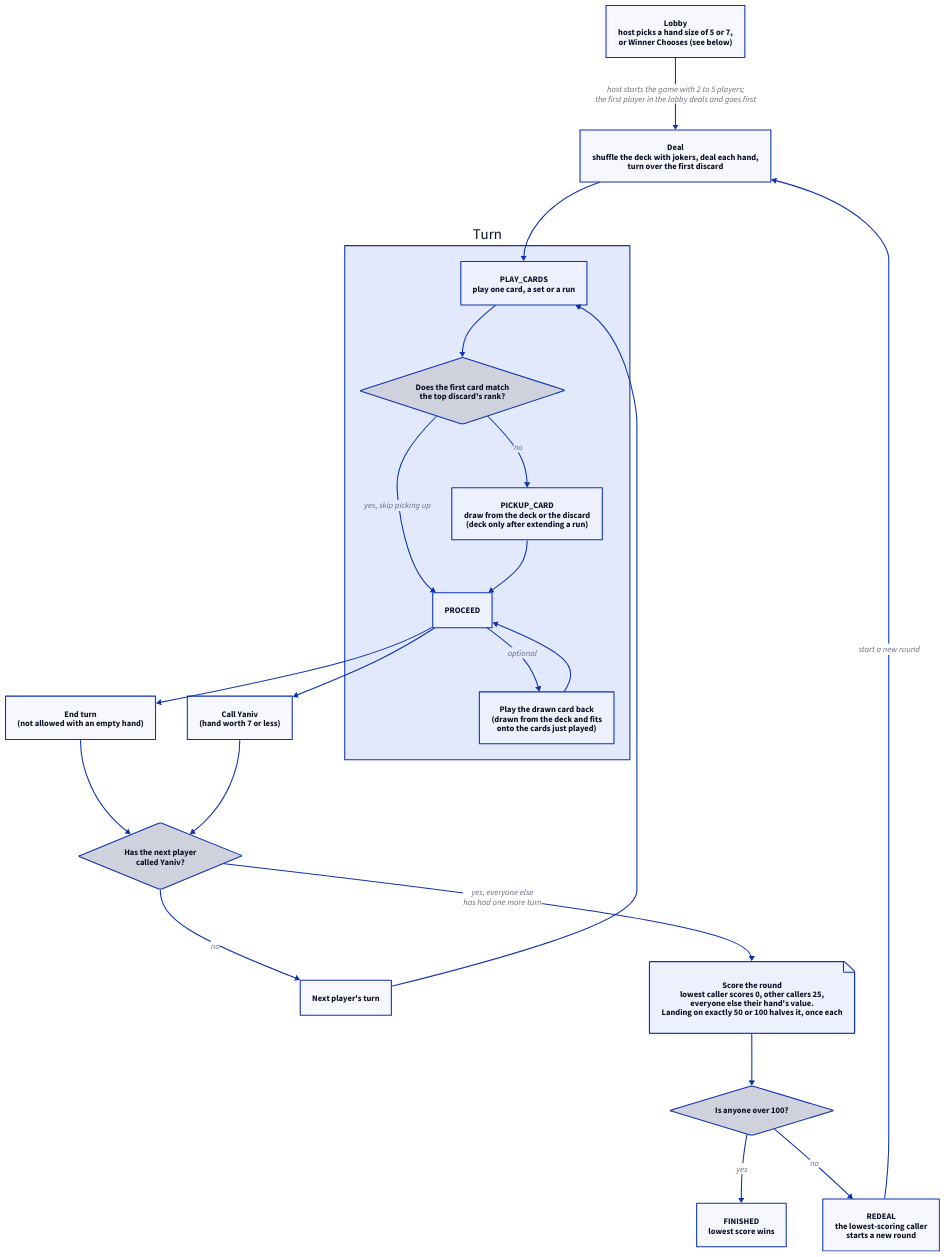
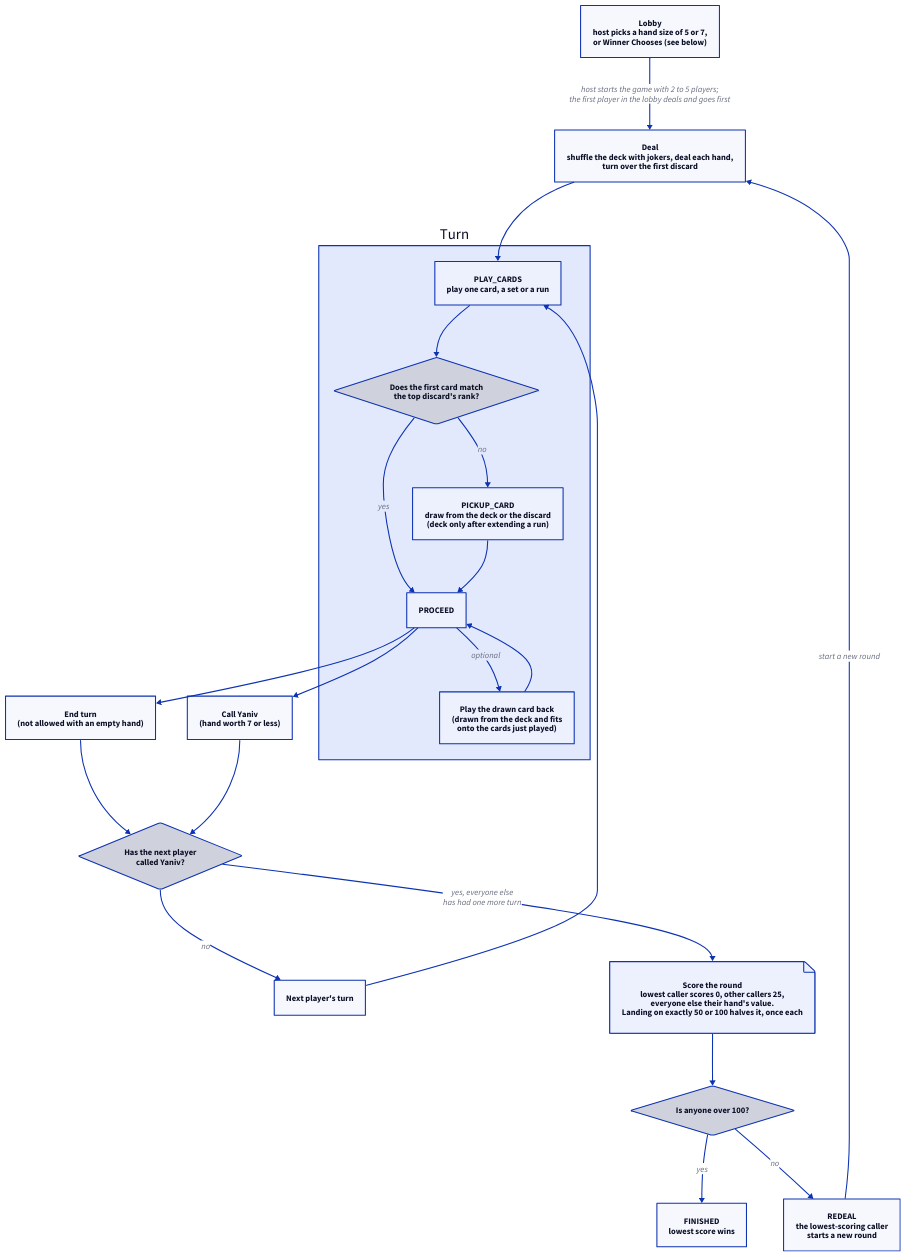
Before and after one commit to alastair-smith/card-games: the diagram in apps/docs/diagrams/flows/yaniv-game.d2, drawn with D2.

Commit message:
📚 Shorten the skip-pickup label so it clears PICKUP_CARD in the Yaniv flow

```diff
--- a/apps/docs/diagrams/flows/yaniv-game.d2
+++ b/apps/docs/diagrams/flows/yaniv-game.d2
@@ -1,47 +1,47 @@
 direction: down
 
 lobby: "Lobby\nhost picks a hand size of 5 or 7,\nor Winner Chooses (see below)"
 deal: "Deal\nshuffle the deck with jokers, deal each hand,\nturn over the first discard"
 
 turn: "Turn" {
   play: "PLAY_CARDS\nplay one card, a set or a run"
   matches: "Does the first card match\nthe top discard's rank?" {shape: diamond}
   pickup: "PICKUP_CARD\ndraw from the deck or the discard\n(deck only after extending a run)"
   proceed: "PROCEED"
   play-back: "Play the drawn card back\n(drawn from the deck and fits\nonto the cards just played)"
 
   play -> matches
   matches -> pickup: no
-  matches -> proceed: yes, skip picking up
+  matches -> proceed: yes
   pickup -> proceed
   proceed -> play-back: optional
   play-back -> proceed
 }
 
 end-turn: "End turn\n(not allowed with an empty hand)"
 call-yaniv: "Call Yaniv\n(hand worth 7 or less)"
 next-called: "Has the next player\ncalled Yaniv?" {shape: diamond}
 next-player: Next player's turn
 
 score: "Score the round\nlowest caller scores 0, other callers 25,\neveryone else their hand's value.\nLanding on exactly 50 or 100 halves it, once each" {
   shape: page
 }
 over: "Is anyone over 100?" {shape: diamond}
 redeal: "REDEAL\nthe lowest-scoring caller\nstarts a new round"
 finished: "FINISHED\nlowest score wins"
 
 lobby -> deal: "host starts the game with 2 to 5 players;\nthe first player in the lobby deals and goes first"
 deal -> turn.play
 
 turn.proceed -> end-turn
 turn.proceed -> call-yaniv
 end-turn -> next-called
 call-yaniv -> next-called
 next-called -> next-player: no
 next-player -> turn.play
 next-called -> score: "yes, everyone else\nhas had one more turn"
 
 score -> over
 over -> finished: yes
 over -> redeal: no
 redeal -> deal: start a new round
```
